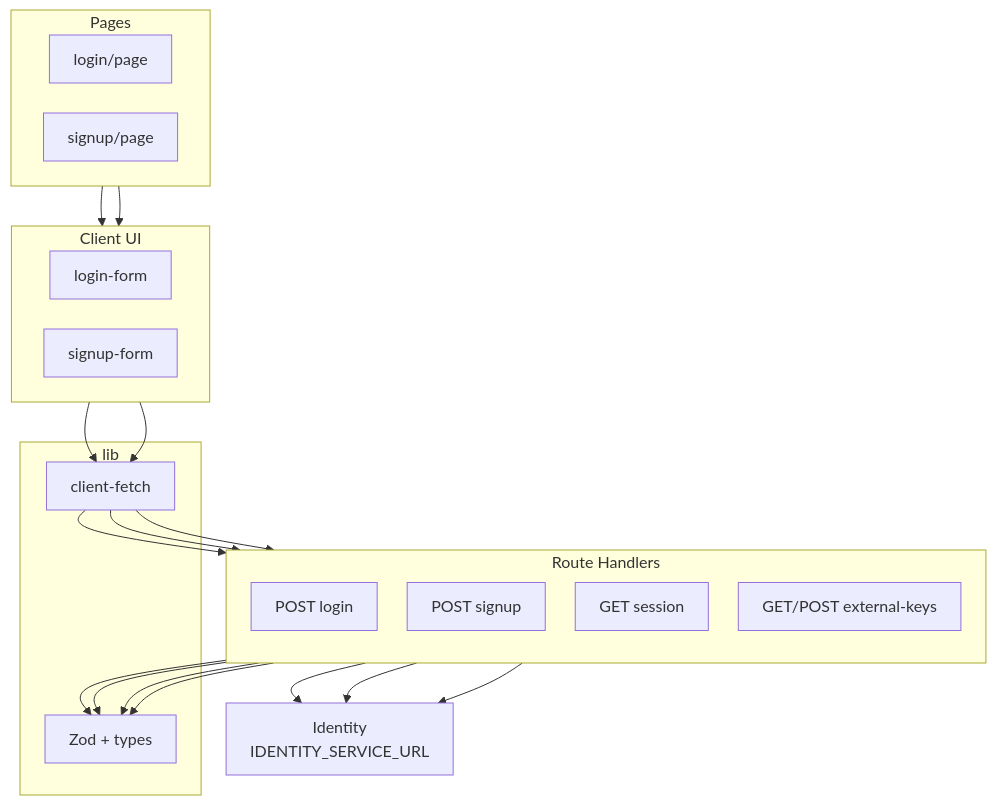
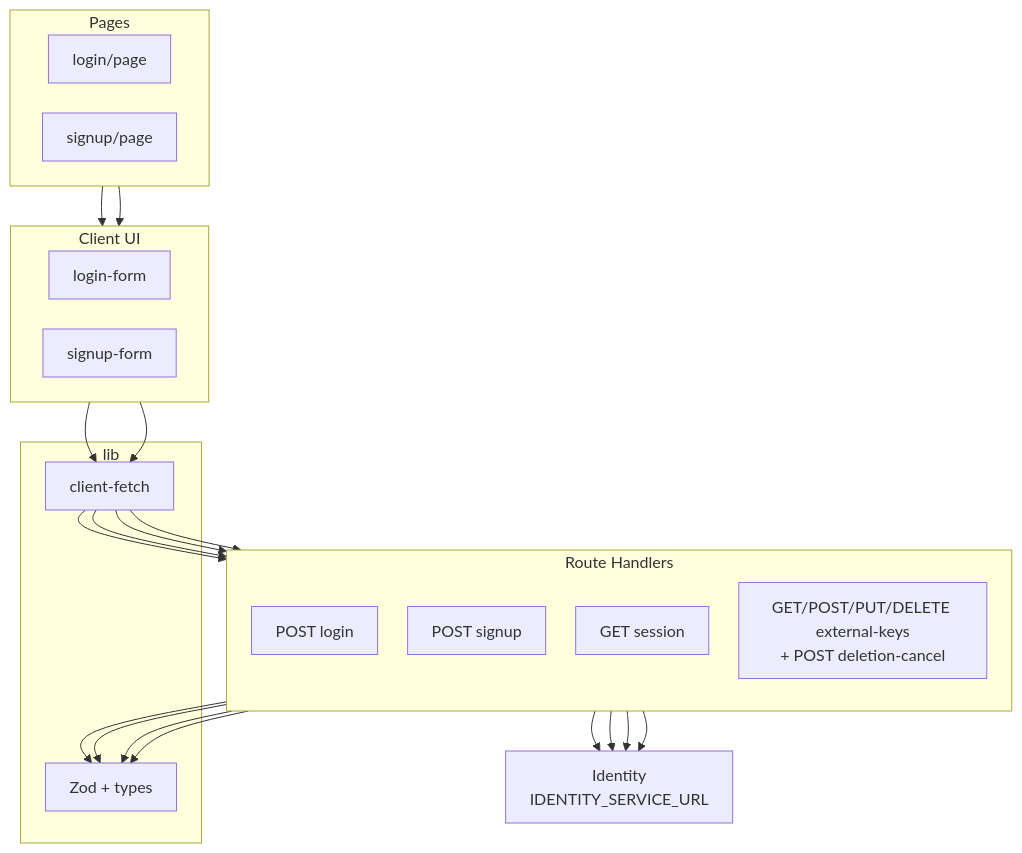
One commit to Zero-Bug-Freinds/ai-api-usage-monitor changed the tenth of 11 diagrams in docs/c4-architecture-diagrams.md. Above: the diagram before and after it, drawn with Mermaid. The commit also changed other lines of this file and 1 other file, not shown here.

First line of the commit message:
[docs] C4 다이어그램과 KST 표시 반영

````diff
--- a/docs/c4-architecture-diagrams.md
+++ b/docs/c4-architecture-diagrams.md
@@ -445,41 +479,43 @@
 ```mermaid
 %%{init: {'flowchart': {'nodeSpacing': 30, 'rankSpacing': 40, 'padding': 12}}}%%
 flowchart TB
   subgraph FE["Client UI"]
     direction LR
     LF["login-form"]
     SF["signup-form"]
   end
   subgraph PG["Pages"]
     direction LR
     LP["login/page"]
     SP["signup/page"]
   end
   subgraph RH["Route Handlers"]
     direction TB
     RL["POST login"]
     RS["POST signup"]
     RQ["GET session"]
-    RE["GET/POST external-keys"]
+    RE["GET/POST/PUT/DELETE external-keys<br/>+ POST deletion-cancel"]
   end
   subgraph LB["lib"]
     CF["client-fetch"]
     ZL["Zod + types"]
   end
   IDN["Identity<br/>IDENTITY_SERVICE_URL"]
 
   LP --> LF
   SP --> SF
   LF --> CF
   SF --> CF
   CF --> RL
   CF --> RS
+  CF --> RQ
   CF --> RE
   RL --> ZL
   RS --> ZL
   RQ --> ZL
   RE --> ZL
   RL --> IDN
   RS --> IDN
+  RQ --> IDN
   RE --> IDN
 ```
````
